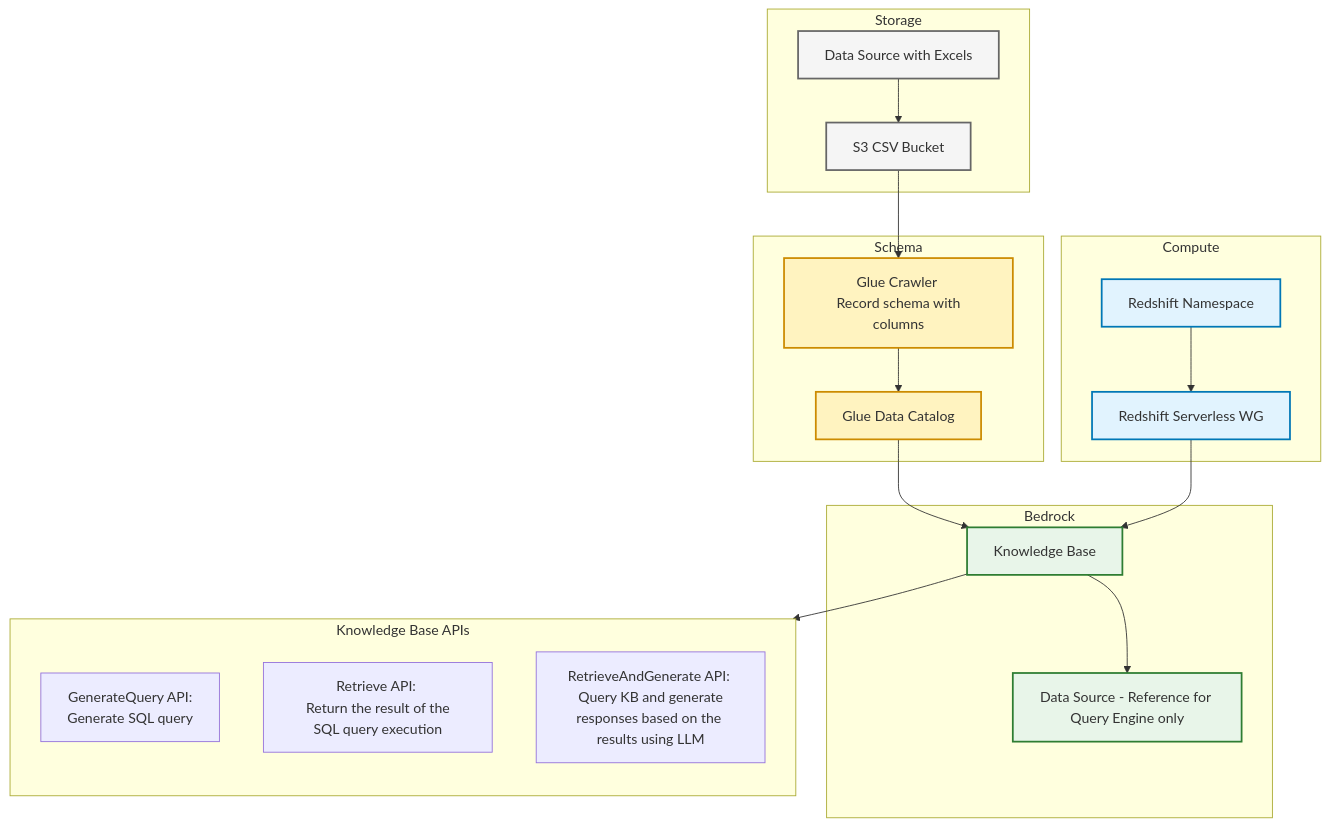
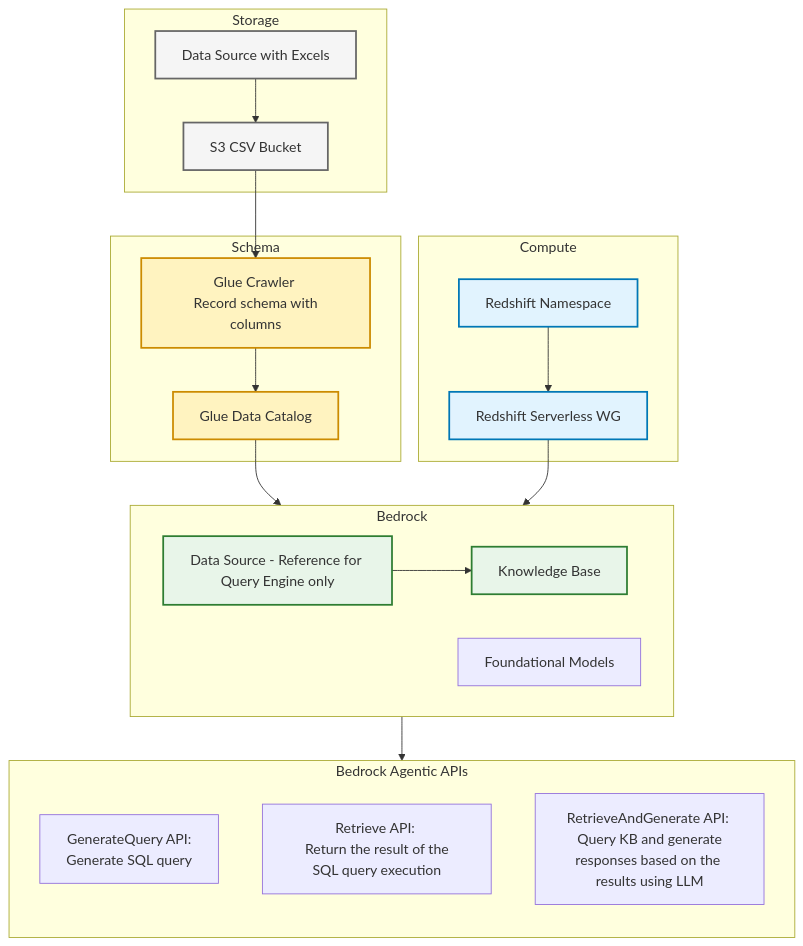
Before and after one commit to Natallia-Bahlai/demo-bedrock-knowledge-bases: the diagram in README.md, drawn with Mermaid. The commit also changed other lines of this file, not shown here.

````diff
--- a/README.md
+++ b/README.md
@@ -5,54 +5,57 @@
 ```mermaid
 graph TD
-    direction TB
+    direction LR
     subgraph Storage
         DSXLS[Data Source with Excels]
         S3CSV[S3 CSV Bucket]
     end
 
     subgraph Compute
         RS[Redshift Serverless WG]
         RSN[Redshift Namespace]
     end
 
     subgraph Schema
         GDB[Glue Data Catalog]
         CR["Glue Crawler <br/> Record schema with columns"]
     end
 
     subgraph Bedrock
+        direction LR
         KB[Knowledge Base]
         DS[Data Source - Reference for Query Engine only]
+        FM["Foundational Models"]
     end
 
-    subgraph API[Knowledge Base APIs]
+    subgraph API[Bedrock Agentic APIs]
         direction TB
         GenerateQuery["GenerateQuery API: <br/> Generate SQL query"]
         Retrieve["Retrieve API: <br/> Return the result of the SQL query execution"]
         RetrieveAndGenerate["RetrieveAndGenerate API: <br/> Query KB and generate responses based on the results using LLM"]
     end
 
     DSXLS --> S3CSV
     S3CSV --> CR
     CR --> GDB
     
     RSN --> RS
     
-    GDB --> KB
+    GDB --> DS
     RS --> KB
-    KB --> DS
+    DS --> KB
     KB --> API
+    %%RetrieveAndGenerate -->| explicit LLM usage to augment response| FM
 
     %% Style definitions
     classDef storage fill:#f5f5f5,stroke:#666,stroke-width:2px
     classDef compute fill:#e1f3fe,stroke:#0077b6,stroke-width:2px
     classDef schema fill:#fff3c0,stroke:#cc8b00,stroke-width:2px
     classDef bedrock fill:#e8f5e9,stroke:#2e7d32,stroke-width:2px
     classDef flow stroke:#333,stroke-width:2px
 
     %% Applying classes
     class DSXLS,S3CSV storage
     class RS,RSN compute
     class GDB,CR schema
     class KB,DS bedrock
 ```
````
